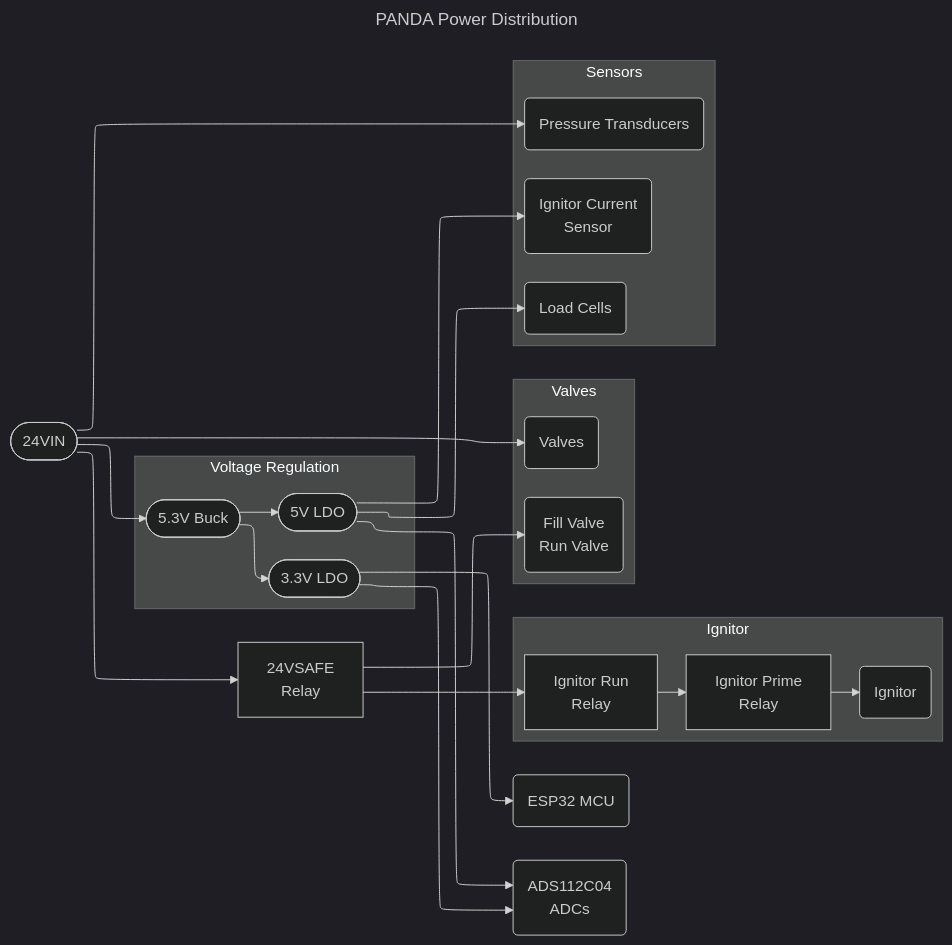
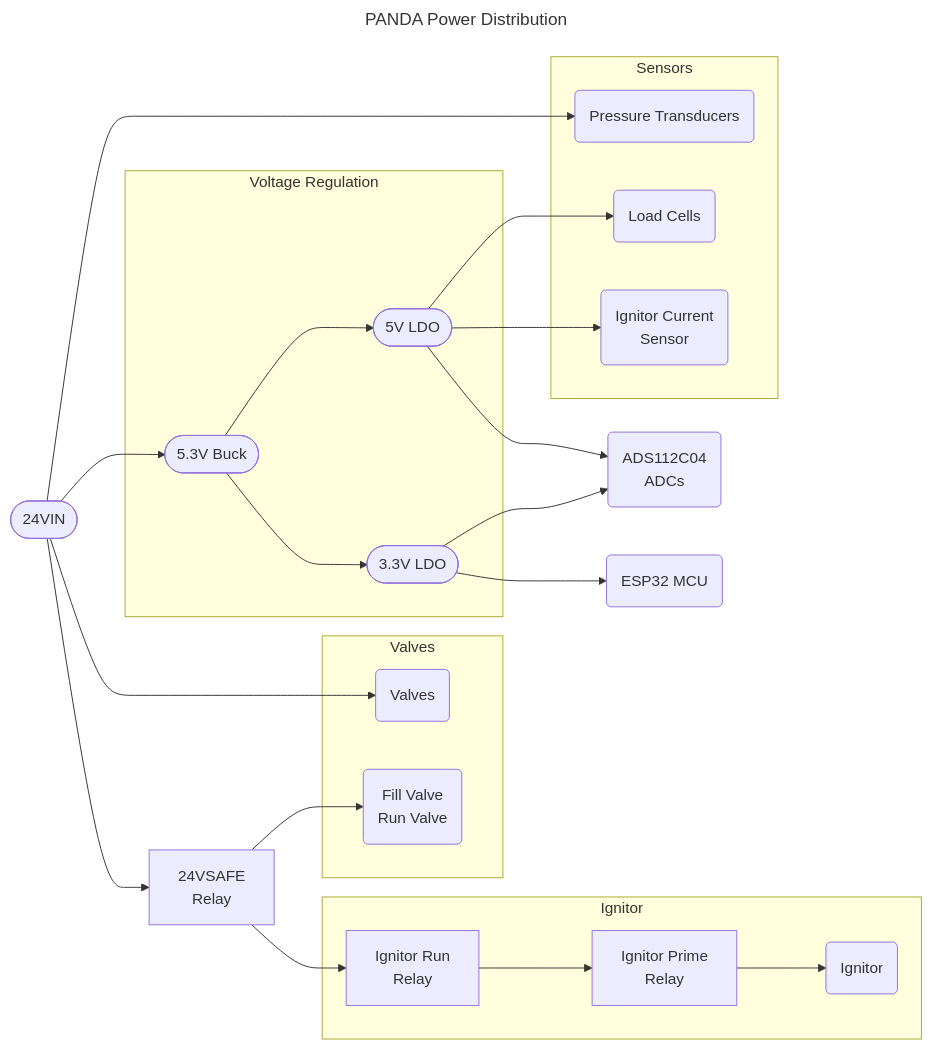
One commit to Queens-Rocket-Engineering-Team/prop-panda changed the second of 2 diagrams in README.md. Above: the diagram before and after it, drawn with Mermaid. The commit also changed other lines of this file, not shown here.

````diff
--- a/README.md
+++ b/README.md
@@ -68,51 +62,44 @@
 ```mermaid
 ---
 title: PANDA Power Distribution
-displayMode: compact
-config:
-  theme: dark
-  layout: elk
-  elk:
-    mergeEdges: false
-    nodePlacementStrategy: NETWORK_SIMPLEX
 ---
 flowchart LR
 
     24VIN([24VIN]) --> 24VSAFE[24VSAFE<br>Relay]
+
+    subgraph Valves
+        AV(Valves)
+        AVSAFE(Fill Valve<br>Run Valve)
+    end
+    24VIN --> AV
+    24VSAFE --> AVSAFE
 
     subgraph Ignitor
         RUN[Ignitor Run<br>Relay]
         RUN --> PRIME[Ignitor Prime<br>Relay]
         PRIME --> IGN(Ignitor)
     end
 
     24VSAFE --> RUN[Ignitor Run<br>Relay]
-
-    subgraph Valves
-        AV(Valves)
-        AVSAFE(Fill Valve<br>Run Valve)
-    end
-    24VIN --> AV
-    24VSAFE --> AVSAFE
 
     subgraph Voltage Regulation
         BUCK([5.3V Buck])
         BUCK --> 5V([5V LDO])
         BUCK --> 3V3([3.3V LDO])
     end
 
     24VIN --> BUCK([5.3V Buck])
 
     subgraph Sensors
         PT(Pressure Transducers)
         LC(Load Cells)
         RES(Ignitor Current<br>Sensor)
     end
 
+    5V --> ADC(ADS112C04<br>ADCs)
     3V3 --> ESP(ESP32 MCU)
-    5V --> ADC(ADS112C04<br>ADCs)
     3V3 --> ADC
     24VIN --> PT
     5V --> LC
     5V --> RES
 ```
````
